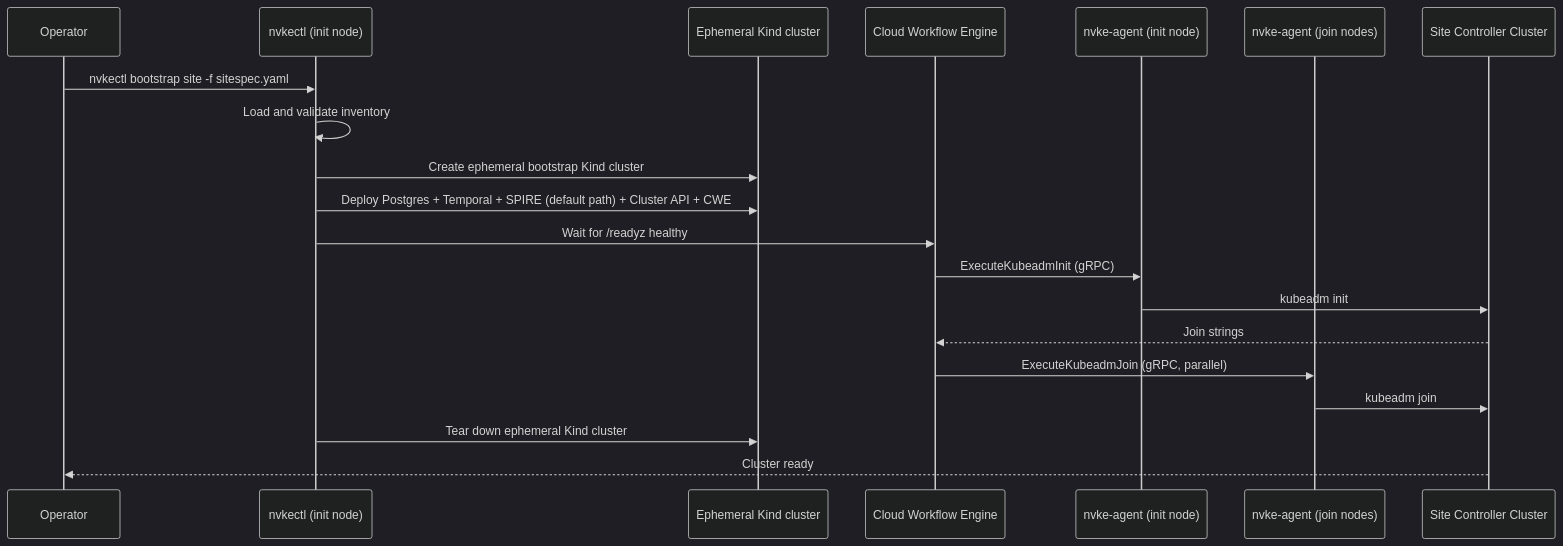
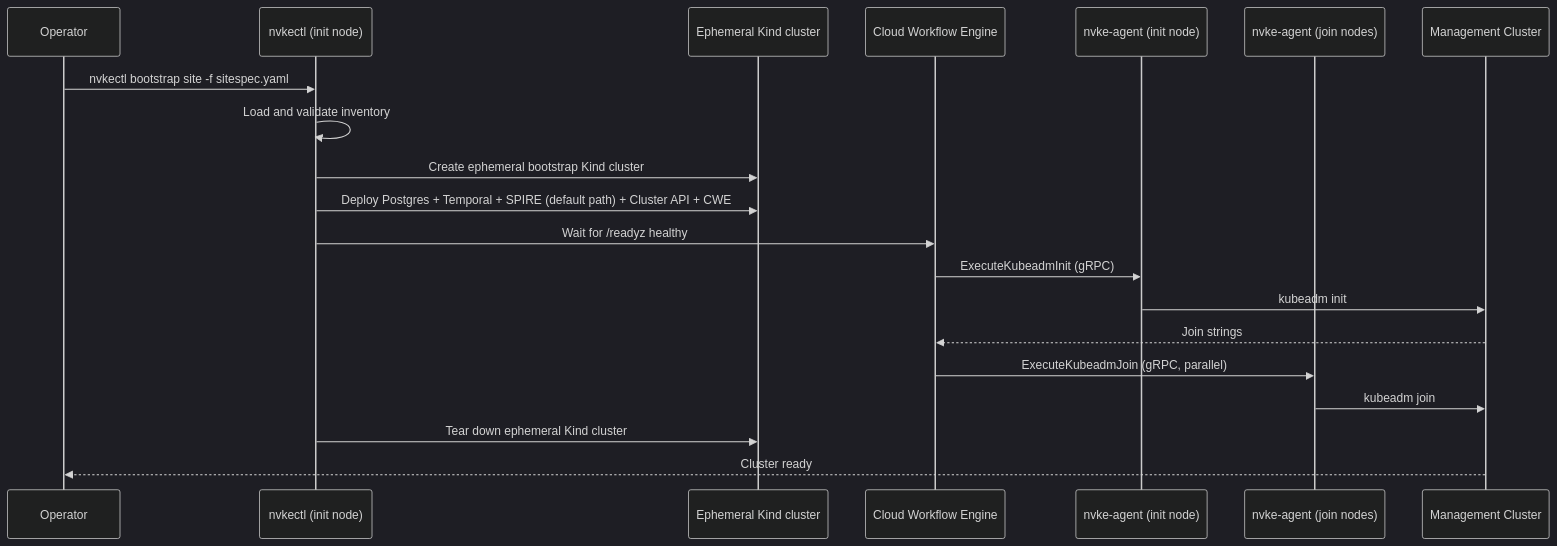
Before and after one commit to FrankSpitulski/nvke: the diagram in docs/site-bootstrap/overview.md, drawn with Mermaid (dark theme). The commit also changed other lines of this file and 47 other files, not shown here.

First line of the commit message:
docs: call NVKE's cluster the management cluster, not the site controller (#1744)

````diff
--- a/docs/site-bootstrap/overview.md
+++ b/docs/site-bootstrap/overview.md
@@ -21,23 +21,23 @@
 ```mermaid
 sequenceDiagram
     participant Op as Operator
     participant Ctl as nvkectl (init node)
     participant Kind as Ephemeral Kind cluster
     participant CWE as Cloud Workflow Engine
     participant Init as nvke-agent (init node)
     participant Join as nvke-agent (join nodes)
-    participant K8s as Site Controller Cluster
+    participant K8s as Management Cluster
 
     Op->>Ctl: nvkectl bootstrap site -f sitespec.yaml
     Ctl->>Ctl: Load and validate inventory
     Ctl->>Kind: Create ephemeral bootstrap Kind cluster
     Ctl->>Kind: Deploy Postgres + Temporal + SPIRE (default path) + Cluster API + CWE
     Ctl->>CWE: Wait for /readyz healthy
     CWE->>Init: ExecuteKubeadmInit (gRPC)
     Init->>K8s: kubeadm init
     K8s-->>CWE: Join strings
     CWE->>Join: ExecuteKubeadmJoin (gRPC, parallel)
     Join->>K8s: kubeadm join
     Ctl->>Kind: Tear down ephemeral Kind cluster
     K8s-->>Op: Cluster ready
 ```
````
